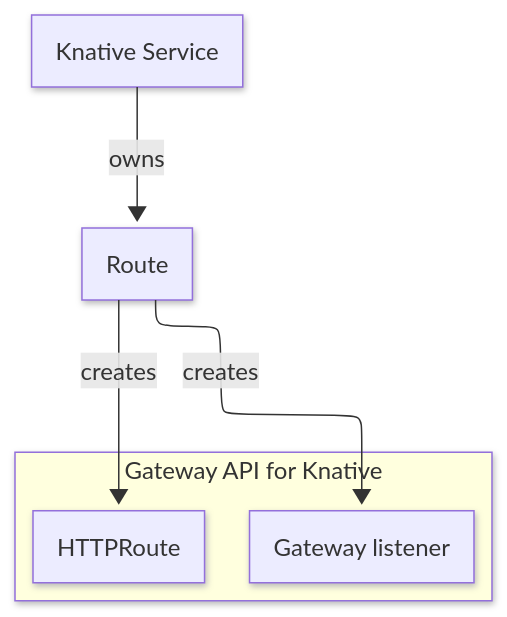
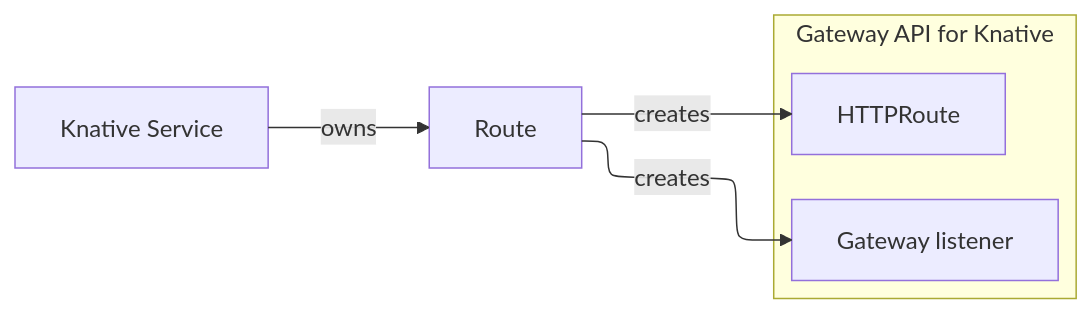
One commit to knative/docs changed the fourth of 4 diagrams in docs/versioned/serving/config-network-adapters.md. Above: the diagram before and after it, drawn with Mermaid. The commit also changed other lines of this file, not shown here.

Commit message:
Update config-network-adapters.md
Formatting fixes

````diff
--- a/docs/versioned/serving/config-network-adapters.md
+++ b/docs/versioned/serving/config-network-adapters.md
@@ -88,15 +83,14 @@
     ```mermaid
     ---
     config:
+      layout: elk
       theme: default
-      layout: elk
-      look: neo
     ---
-    flowchart TB
-     subgraph s1["Gateway API for Knative"]
-        HR["HTTPRoute"]
-        GW["Gateway listener"]
+    flowchart LR
+      subgraph s1["Gateway API for Knative"]
+            HR["HTTPRoute"]
+            GW["Gateway listener"]
       end
         KSvc["Knative Service"] -- owns --> Route["Route"]
-        Route -- creates --> HR & GW
+                Route -- creates --> HR & GW
     ```
````
